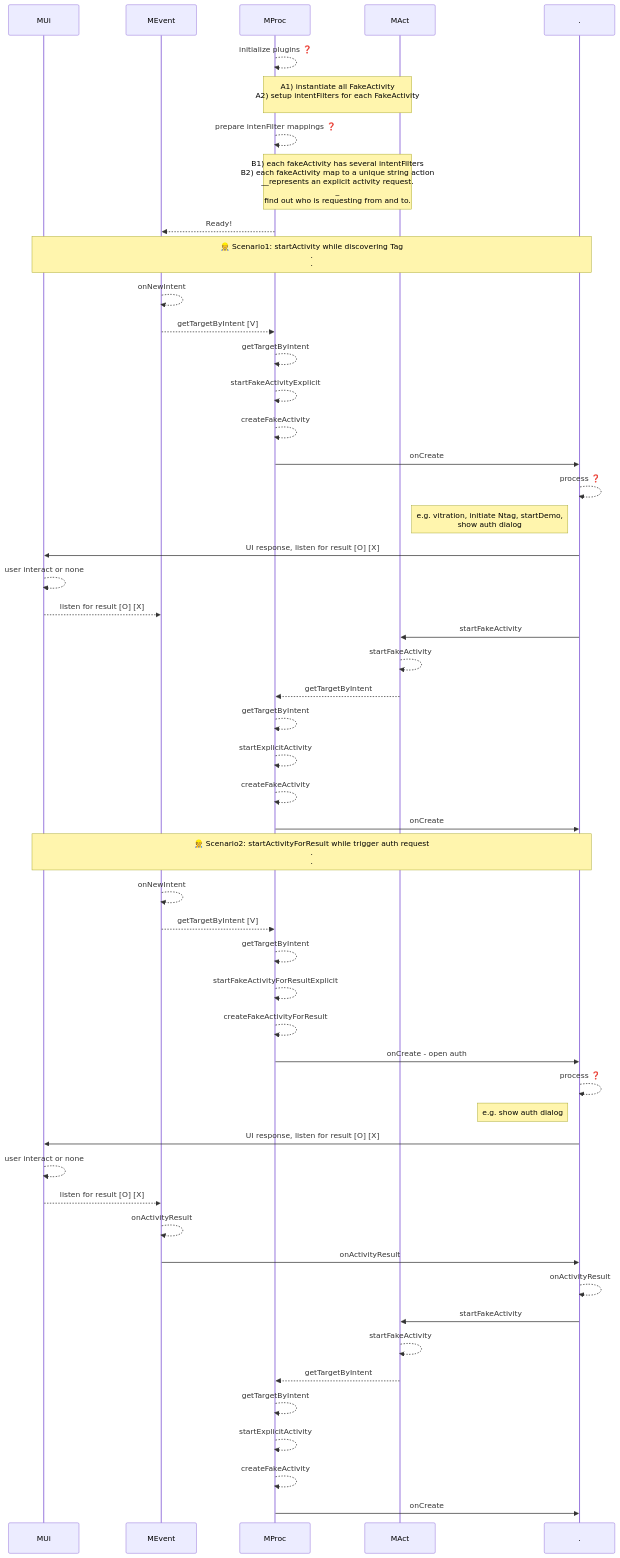
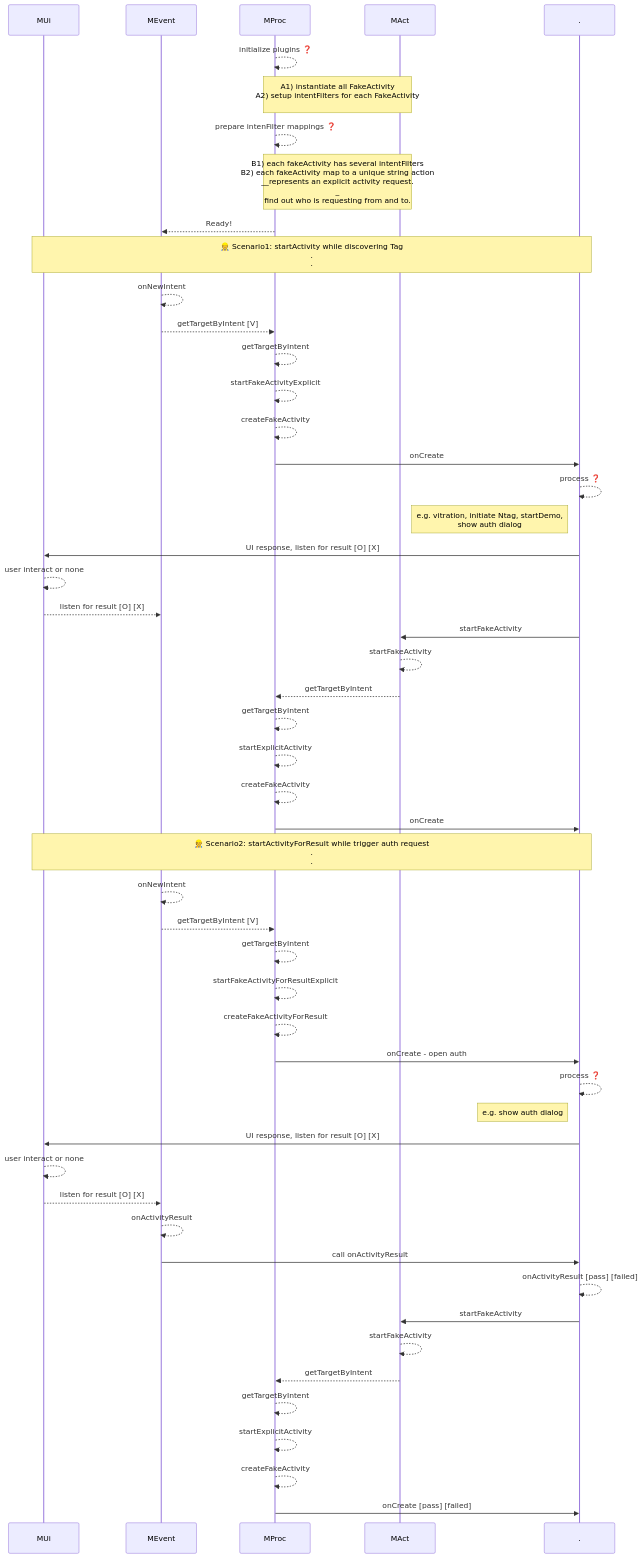
One commit to gordianknotC/nxp_note changed the third of 7 diagrams in flutter/android_to_flutter.md. Above: the diagram before and after it, drawn with Mermaid. The commit also changed other lines of this file, not shown here.

````diff
--- a/flutter/android_to_flutter.md
+++ b/flutter/android_to_flutter.md
@@ -52,65 +52,65 @@
 ```mermaid
 sequenceDiagram
 participant MUi
 participant MEvent
 participant MProc
 participant MAct
 participant .
 
 MProc-->>MProc: initialize plugins ❓
 Note over MProc,MAct: A1) instantiate all FakeActivity<br>A2) setup intentFilters for each FakeActivity<br>
 
 MProc-->>MProc: prepare intenFilter mappings ❓
 
 Note over MProc, MAct: B1) each fakeActivity has several intentFilters<br>B2) each fakeActivity map to a unique string action<br>__represents an explicit activity request.<br>_<br> find out who is requesting from and to.
 
 MProc-->>MEvent: Ready!
 
 
 Note over MUi, .: 👷 Scenario1: startActivity while discovering Tag<br>.<br>.
 MEvent-->>MEvent: onNewIntent
 
 MEvent-->>MProc: getTargetByIntent [V]
 MProc-->>MProc: getTargetByIntent
 MProc-->>MProc: startFakeActivityExplicit
 MProc-->>MProc: createFakeActivity
 MProc->> . : onCreate
 . -->> . : process ❓
 Note left of .: e.g. vitration, initiate Ntag, startDemo,<br>show auth dialog
 . ->> MUi: UI response, listen for result [O] [X]
 MUi -->> MUi: user interact or none
 MUi -->> MEvent: listen for result  [O] [X]
 . ->> MAct: startFakeActivity
 MAct -->> MAct: startFakeActivity
 MAct -->> MProc: getTargetByIntent
 MProc -->> MProc: getTargetByIntent
 MProc -->> MProc: startExplicitActivity
 MProc -->> MProc: createFakeActivity
 MProc ->> . : onCreate
 
 
 Note over MUi, .: 👷 Scenario2: startActivityForResult while trigger auth request<br>.<br>.
 MEvent-->>MEvent: onNewIntent
 MEvent-->>MProc: getTargetByIntent [V]
 MProc-->>MProc: getTargetByIntent
 MProc-->>MProc: startFakeActivityForResultExplicit
 MProc-->>MProc: createFakeActivityForResult
 MProc->> . : onCreate - open auth
 . -->> . : process ❓
 Note left of .: e.g. show auth dialog
 . ->> MUi: UI response, listen for result [O] [X]
 MUi -->> MUi: user interact or none
 MUi -->> MEvent: listen for result  [O] [X]
 MEvent -->> MEvent: onActivityResult
-MEvent ->> . : onActivityResult
-. -->> . : onActivityResult
+MEvent ->> . : call onActivityResult
+. -->> . : onActivityResult [pass] [failed]
 . ->> MAct: startFakeActivity
 MAct -->> MAct: startFakeActivity
 MAct -->> MProc: getTargetByIntent
 MProc -->> MProc: getTargetByIntent
 MProc -->> MProc: startExplicitActivity
 MProc -->> MProc: createFakeActivity
-MProc ->> . : onCreate
+MProc ->> . : onCreate [pass] [failed]
 
 
 ```
````
